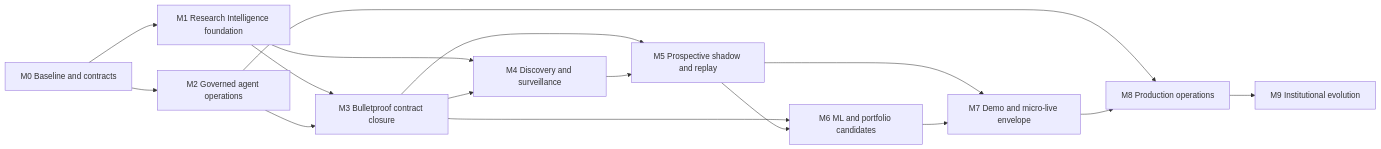
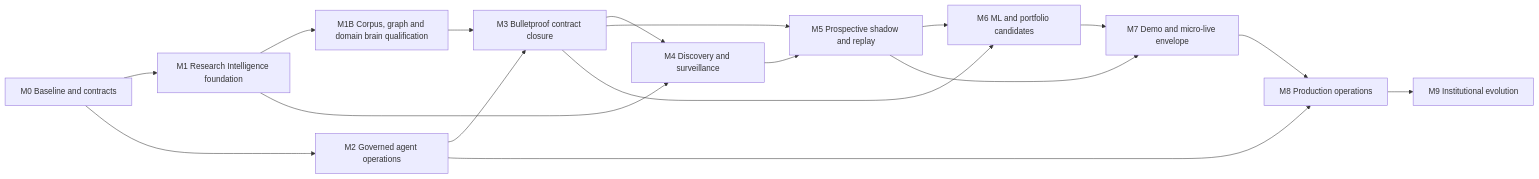
Before and after one commit to Chinedum-iwueke/invariance-research-bible: the diagram in plans/COMPANY_ENGINEERING_ROADMAP.md, drawn with Mermaid. The commit also changed other lines of this file and 4 other files, not shown here.

Commit message:
Complete Bible implementation coverage roadmap

````diff
--- a/plans/COMPANY_ENGINEERING_ROADMAP.md
+++ b/plans/COMPANY_ENGINEERING_ROADMAP.md
@@ -28,18 +35,19 @@
 ```mermaid
 flowchart LR
     M0[M0 Baseline and contracts] --> M1[M1 Research Intelligence foundation]
     M0 --> M2[M2 Governed agent operations]
-    M1 --> M3[M3 Bulletproof contract closure]
+    M1 --> M1B[M1B Corpus, graph and domain brain qualification]
+    M1B --> M3[M3 Bulletproof contract closure]
     M2 --> M3
     M1 --> M4[M4 Discovery and surveillance]
     M3 --> M4
     M3 --> M5[M5 Prospective shadow and replay]
     M4 --> M5
     M3 --> M6[M6 ML and portfolio candidates]
     M5 --> M6
     M5 --> M7[M7 Demo and micro-live envelope]
     M6 --> M7
     M2 --> M8[M8 Production operations]
     M7 --> M8
     M8 --> M9[M9 Institutional evolution]
 ```
````
